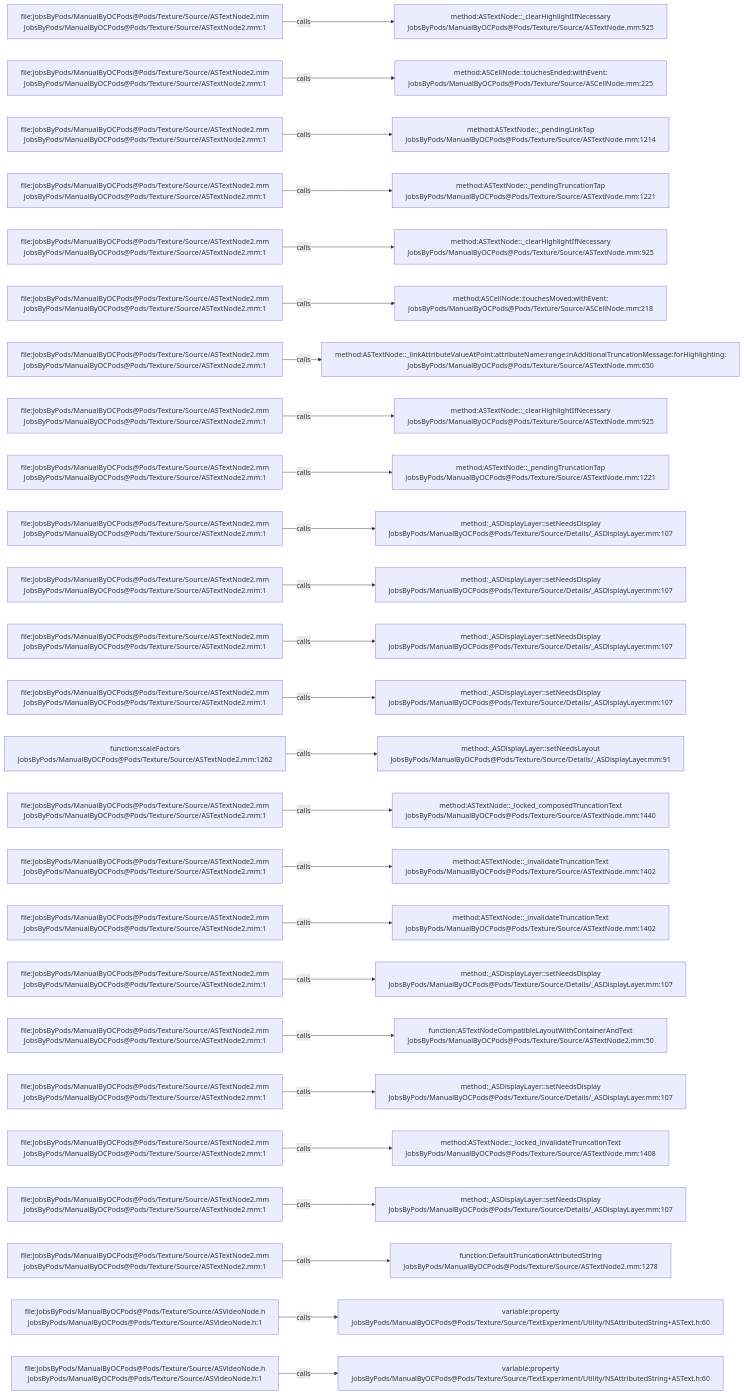
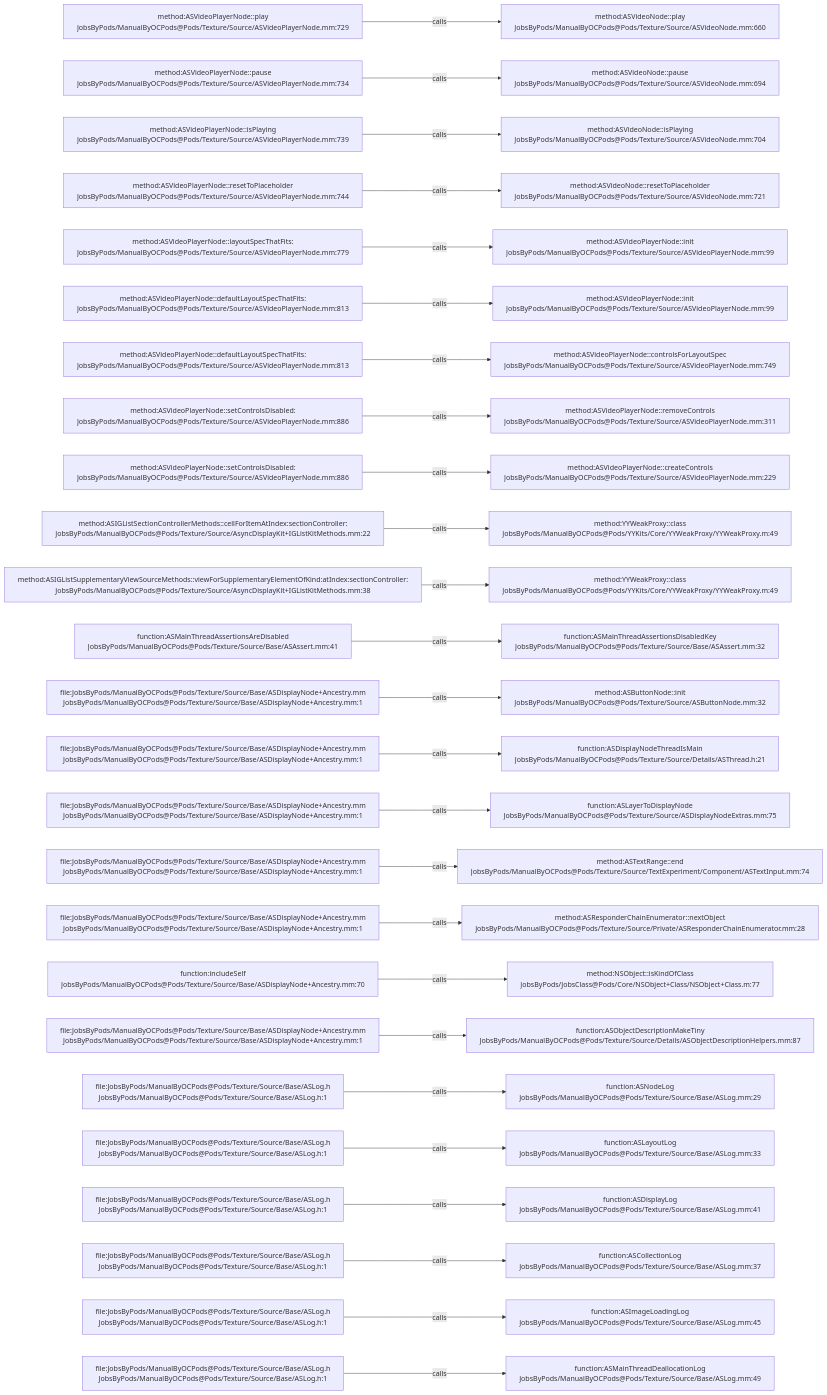
The diagram in .codegraph/codegraph.md/graphs/calls-149.md (JobsKits/JobsOCBaseConfigDemo), drawn with Mermaid before and after one commit. The commit also changed 1223 other files, not shown here.

````diff
--- a/.codegraph/codegraph.md/graphs/calls-149.md
+++ b/.codegraph/codegraph.md/graphs/calls-149.md
@@ -13,78 +13,78 @@
 ```mermaid
 flowchart LR
-  S1["file:JobsByPods/ManualByOCPods@Pods/Texture/Source/ASTextNode2.mm<br/>JobsByPods/ManualByOCPods@Pods/Texture/Source/ASTextNode2.mm:1"]
-  T1["method:ASTextNode::_clearHighlightIfNecessary<br/>JobsByPods/ManualByOCPods@Pods/Texture/Source/ASTextNode.mm:925"]
+  S1["method:ASVideoPlayerNode::play<br/>JobsByPods/ManualByOCPods@Pods/Texture/Source/ASVideoPlayerNode.mm:729"]
+  T1["method:ASVideoNode::play<br/>JobsByPods/ManualByOCPods@Pods/Texture/Source/ASVideoNode.mm:660"]
   S1 -->|calls| T1
-  S2["file:JobsByPods/ManualByOCPods@Pods/Texture/Source/ASTextNode2.mm<br/>JobsByPods/ManualByOCPods@Pods/Texture/Source/ASTextNode2.mm:1"]
-  T2["method:ASCellNode::touchesEnded:withEvent:<br/>JobsByPods/ManualByOCPods@Pods/Texture/Source/ASCellNode.mm:225"]
+  S2["method:ASVideoPlayerNode::pause<br/>JobsByPods/ManualByOCPods@Pods/Texture/Source/ASVideoPlayerNode.mm:734"]
+  T2["method:ASVideoNode::pause<br/>JobsByPods/ManualByOCPods@Pods/Texture/Source/ASVideoNode.mm:694"]
   S2 -->|calls| T2
-  S3["file:JobsByPods/ManualByOCPods@Pods/Texture/Source/ASTextNode2.mm<br/>JobsByPods/ManualByOCPods@Pods/Texture/Source/ASTextNode2.mm:1"]
-  T3["method:ASTextNode::_pendingLinkTap<br/>JobsByPods/ManualByOCPods@Pods/Texture/Source/ASTextNode.mm:1214"]
+  S3["method:ASVideoPlayerNode::isPlaying<br/>JobsByPods/ManualByOCPods@Pods/Texture/Source/ASVideoPlayerNode.mm:739"]
+  T3["method:ASVideoNode::isPlaying<br/>JobsByPods/ManualByOCPods@Pods/Texture/Source/ASVideoNode.mm:704"]
   S3 -->|calls| T3
-  S4["file:JobsByPods/ManualByOCPods@Pods/Texture/Source/ASTextNode2.mm<br/>JobsByPods/ManualByOCPods@Pods/Texture/Source/ASTextNode2.mm:1"]
-  T4["method:ASTextNode::_pendingTruncationTap<br/>JobsByPods/ManualByOCPods@Pods/Texture/Source/ASTextNode.mm:1221"]
+  S4["method:ASVideoPlayerNode::resetToPlaceholder<br/>JobsByPods/ManualByOCPods@Pods/Texture/Source/ASVideoPlayerNode.mm:744"]
+  T4["method:ASVideoNode::resetToPlaceholder<br/>JobsByPods/ManualByOCPods@Pods/Texture/Source/ASVideoNode.mm:721"]
   S4 -->|calls| T4
-  S5["file:JobsByPods/ManualByOCPods@Pods/Texture/Source/ASTextNode2.mm<br/>JobsByPods/ManualByOCPods@Pods/Texture/Source/ASTextNode2.mm:1"]
-  T5["method:ASTextNode::_clearHighlightIfNecessary<br/>JobsByPods/ManualByOCPods@Pods/Texture/Source/ASTextNode.mm:925"]
+  S5["method:ASVideoPlayerNode::layoutSpecThatFits:<br/>JobsByPods/ManualByOCPods@Pods/Texture/Source/ASVideoPlayerNode.mm:779"]
+  T5["method:ASVideoPlayerNode::init<br/>JobsByPods/ManualByOCPods@Pods/Texture/Source/ASVideoPlayerNode.mm:99"]
   S5 -->|calls| T5
-  S6["file:JobsByPods/ManualByOCPods@Pods/Texture/Source/ASTextNode2.mm<br/>JobsByPods/ManualByOCPods@Pods/Texture/Source/ASTextNode2.mm:1"]
-  T6["method:ASCellNode::touchesMoved:withEvent:<br/>JobsByPods/ManualByOCPods@Pods/Texture/Source/ASCellNode.mm:218"]
+  S6["method:ASVideoPlayerNode::defaultLayoutSpecThatFits:<br/>JobsByPods/ManualByOCPods@Pods/Texture/Source/ASVideoPlayerNode.mm:813"]
+  T6["method:ASVideoPlayerNode::init<br/>JobsByPods/ManualByOCPods@Pods/Texture/Source/ASVideoPlayerNode.mm:99"]
   S6 -->|calls| T6
-  S7["file:JobsByPods/ManualByOCPods@Pods/Texture/Source/ASTextNode2.mm<br/>JobsByPods/ManualByOCPods@Pods/Texture/Source/ASTextNode2.mm:1"]
-  T7["method:ASTextNode::_linkAttributeValueAtPoint:attributeName:range:inAdditionalTruncationMessage:forHighlighting:<br/>JobsByPods/ManualByOCPods@Pods/Texture/Source/ASTextNode.mm:650"]
+  S7["method:ASVideoPlayerNode::defaultLayoutSpecThatFits:<br/>JobsByPods/ManualByOCPods@Pods/Texture/Source/ASVideoPlayerNode.mm:813"]
+  T7["method:ASVideoPlayerNode::controlsForLayoutSpec<br/>JobsByPods/ManualByOCPods@Pods/Texture/Source/ASVideoPlayerNode.mm:749"]
   S7 -->|calls| T7
-  S8["file:JobsByPods/ManualByOCPods@Pods/Texture/Source/ASTextNode2.mm<br/>JobsByPods/ManualByOCPods@Pods/Texture/Source/ASTextNode2.mm:1"]
-  T8["method:ASTextNode::_clearHighlightIfNecessary<br/>JobsByPods/ManualByOCPods@Pods/Texture/Source/ASTextNode.mm:925"]
+  S8["method:ASVideoPlayerNode::setControlsDisabled:<br/>JobsByPods/ManualByOCPods@Pods/Texture/Source/ASVideoPlayerNode.mm:886"]
+  T8["method:ASVideoPlayerNode::removeControls<br/>JobsByPods/ManualByOCPods@Pods/Texture/Source/ASVideoPlayerNode.mm:311"]
   S8 -->|calls| T8
-  S9["file:JobsByPods/ManualByOCPods@Pods/Texture/Source/ASTextNode2.mm<br/>JobsByPods/ManualByOCPods@Pods/Texture/Source/ASTextNode2.mm:1"]
-  T9["method:ASTextNode::_pendingTruncationTap<br/>JobsByPods/ManualByOCPods@Pods/Texture/Source/ASTextNode.mm:1221"]
+  S9["method:ASVideoPlayerNode::setControlsDisabled:<br/>JobsByPods/ManualByOCPods@Pods/Texture/Source/ASVideoPlayerNode.mm:886"]
+  T9["method:ASVideoPlayerNode::createControls<br/>JobsByPods/ManualByOCPods@Pods/Texture/Source/ASVideoPlayerNode.mm:229"]
   S9 -->|calls| T9
-  S10["file:JobsByPods/ManualByOCPods@Pods/Texture/Source/ASTextNode2.mm<br/>JobsByPods/ManualByOCPods@Pods/Texture/Source/ASTextNode2.mm:1"]
-  T10["method:_ASDisplayLayer::setNeedsDisplay<br/>JobsByPods/ManualByOCPods@Pods/Texture/Source/Details/_ASDisplayLayer.mm:107"]
+  S10["method:ASIGListSectionControllerMethods::cellForItemAtIndex:sectionController:<br/>JobsByPods/ManualByOCPods@Pods/Texture/Source/AsyncDisplayKit+IGListKitMethods.mm:22"]
+  T10["method:YYWeakProxy::class<br/>JobsByPods/ManualByOCPods@Pods/YYKits/Core/YYWeakProxy/YYWeakProxy.m:49"]
   S10 -->|calls| T10
-  S11["file:JobsByPods/ManualByOCPods@Pods/Texture/Source/ASTextNode2.mm<br/>JobsByPods/ManualByOCPods@Pods/Texture/Source/ASTextNode2.mm:1"]
-  T11["method:_ASDisplayLayer::setNeedsDisplay<br/>JobsByPods/ManualByOCPods@Pods/Texture/Source/Details/_ASDisplayLayer.mm:107"]
+  S11["method:ASIGListSupplementaryViewSourceMethods::viewForSupplementaryElementOfKind:atIndex:sectionController:<br/>JobsByPods/ManualByOCPods@Pods/Texture/Source/AsyncDisplayKit+IGListKitMethods.mm:38"]
+  T11["method:YYWeakProxy::class<br/>JobsByPods/ManualByOCPods@Pods/YYKits/Core/YYWeakProxy/YYWeakProxy.m:49"]
   S11 -->|calls| T11
-  S12["file:JobsByPods/ManualByOCPods@Pods/Texture/Source/ASTextNode2.mm<br/>JobsByPods/ManualByOCPods@Pods/Texture/Source/ASTextNode2.mm:1"]
-  T12["method:_ASDisplayLayer::setNeedsDisplay<br/>JobsByPods/ManualByOCPods@Pods/Texture/Source/Details/_ASDisplayLayer.mm:107"]
+  S12["function:ASMainThreadAssertionsAreDisabled<br/>JobsByPods/ManualByOCPods@Pods/Texture/Source/Base/ASAssert.mm:41"]
+  T12["function:ASMainThreadAssertionsDisabledKey<br/>JobsByPods/ManualByOCPods@Pods/Texture/Source/Base/ASAssert.mm:32"]
   S12 -->|calls| T12
-  S13["file:JobsByPods/ManualByOCPods@Pods/Texture/Source/ASTextNode2.mm<br/>JobsByPods/ManualByOCPods@Pods/Texture/Source/ASTextNode2.mm:1"]
-  T13["method:_ASDisplayLayer::setNeedsDisplay<br/>JobsByPods/ManualByOCPods@Pods/Texture/Source/Details/_ASDisplayLayer.mm:107"]
+  S13["file:JobsByPods/ManualByOCPods@Pods/Texture/Source/Base/ASDisplayNode+Ancestry.mm<br/>JobsByPods/ManualByOCPods@Pods/Texture/Source/Base/ASDisplayNode+Ancestry.mm:1"]
+  T13["method:ASButtonNode::init<br/>JobsByPods/ManualByOCPods@Pods/Texture/Source/ASButtonNode.mm:32"]
   S13 -->|calls| T13
-  S14["function:scaleFactors<br/>JobsByPods/ManualByOCPods@Pods/Texture/Source/ASTextNode2.mm:1262"]
-  T14["method:_ASDisplayLayer::setNeedsLayout<br/>JobsByPods/ManualByOCPods@Pods/Texture/Source/Details/_ASDisplayLayer.mm:91"]
+  S14["file:JobsByPods/ManualByOCPods@Pods/Texture/Source/Base/ASDisplayNode+Ancestry.mm<br/>JobsByPods/ManualByOCPods@Pods/Texture/Source/Base/ASDisplayNode+Ancestry.mm:1"]
+  T14["function:ASDisplayNodeThreadIsMain<br/>JobsByPods/ManualByOCPods@Pods/Texture/Source/Details/ASThread.h:21"]
   S14 -->|calls| T14
-  S15["file:JobsByPods/ManualByOCPods@Pods/Texture/Source/ASTextNode2.mm<br/>JobsByPods/ManualByOCPods@Pods/Texture/Source/ASTextNode2.mm:1"]
-  T15["method:ASTextNode::_locked_composedTruncationText<br/>JobsByPods/ManualByOCPods@Pods/Texture/Source/ASTextNode.mm:1440"]
+  S15["file:JobsByPods/ManualByOCPods@Pods/Texture/Source/Base/ASDisplayNode+Ancestry.mm<br/>JobsByPods/ManualByOCPods@Pods/Texture/Source/Base/ASDisplayNode+Ancestry.mm:1"]
+  T15["function:ASLayerToDisplayNode<br/>JobsByPods/ManualByOCPods@Pods/Texture/Source/ASDisplayNodeExtras.mm:75"]
   S15 -->|calls| T15
-  S16["file:JobsByPods/ManualByOCPods@Pods/Texture/Source/ASTextNode2.mm<br/>JobsByPods/ManualByOCPods@Pods/Texture/Source/ASTextNode2.mm:1"]
-  T16["method:ASTextNode::_invalidateTruncationText<br/>JobsByPods/ManualByOCPods@Pods/Texture/Source/ASTextNode.mm:1402"]
+  S16["file:JobsByPods/ManualByOCPods@Pods/Texture/Source/Base/ASDisplayNode+Ancestry.mm<br/>JobsByPods/ManualByOCPods@Pods/Texture/Source/Base/ASDisplayNode+Ancestry.mm:1"]
+  T16["method:ASTextRange::end<br/>JobsByPods/ManualByOCPods@Pods/Texture/Source/TextExperiment/Component/ASTextInput.mm:74"]
   S16 -->|calls| T16
-  S17["file:JobsByPods/ManualByOCPods@Pods/Texture/Source/ASTextNode2.mm<br/>JobsByPods/ManualByOCPods@Pods/Texture/Source/ASTextNode2.mm:1"]
-  T17["method:ASTextNode::_invalidateTruncationText<br/>JobsByPods/ManualByOCPods@Pods/Texture/Source/ASTextNode.mm:1402"]
+  S17["file:JobsByPods/ManualByOCPods@Pods/Texture/Source/Base/ASDisplayNode+Ancestry.mm<br/>JobsByPods/ManualByOCPods@Pods/Texture/Source/Base/ASDisplayNode+Ancestry.mm:1"]
+  T17["method:ASResponderChainEnumerator::nextObject<br/>JobsByPods/ManualByOCPods@Pods/Texture/Source/Private/ASResponderChainEnumerator.mm:28"]
   S17 -->|calls| T17
-  S18["file:JobsByPods/ManualByOCPods@Pods/Texture/Source/ASTextNode2.mm<br/>JobsByPods/ManualByOCPods@Pods/Texture/Source/ASTextNode2.mm:1"]
-  T18["method:_ASDisplayLayer::setNeedsDisplay<br/>JobsByPods/ManualByOCPods@Pods/Texture/Source/Details/_ASDisplayLayer.mm:107"]
+  S18["function:includeSelf<br/>JobsByPods/ManualByOCPods@Pods/Texture/Source/Base/ASDisplayNode+Ancestry.mm:70"]
+  T18["method:NSObject::isKindOfClass<br/>JobsByPods/JobsClass@Pods/Core/NSObject+Class/NSObject+Class.m:77"]
   S18 -->|calls| T18
-  S19["file:JobsByPods/ManualByOCPods@Pods/Texture/Source/ASTextNode2.mm<br/>JobsByPods/ManualByOCPods@Pods/Texture/Source/ASTextNode2.mm:1"]
-  T19["function:ASTextNodeCompatibleLayoutWithContainerAndText<br/>JobsByPods/ManualByOCPods@Pods/Texture/Source/ASTextNode2.mm:50"]
+  S19["file:JobsByPods/ManualByOCPods@Pods/Texture/Source/Base/ASDisplayNode+Ancestry.mm<br/>JobsByPods/ManualByOCPods@Pods/Texture/Source/Base/ASDisplayNode+Ancestry.mm:1"]
+  T19["function:ASObjectDescriptionMakeTiny<br/>JobsByPods/ManualByOCPods@Pods/Texture/Source/Details/ASObjectDescriptionHelpers.mm:87"]
   S19 -->|calls| T19
-  S20["file:JobsByPods/ManualByOCPods@Pods/Texture/Source/ASTextNode2.mm<br/>JobsByPods/ManualByOCPods@Pods/Texture/Source/ASTextNode2.mm:1"]
-  T20["method:_ASDisplayLayer::setNeedsDisplay<br/>JobsByPods/ManualByOCPods@Pods/Texture/Source/Details/_ASDisplayLayer.mm:107"]
+  S20["file:JobsByPods/ManualByOCPods@Pods/Texture/Source/Base/ASLog.h<br/>JobsByPods/ManualByOCPods@Pods/Texture/Source/Base/ASLog.h:1"]
+  T20["function:ASNodeLog<br/>JobsByPods/ManualByOCPods@Pods/Texture/Source/Base/ASLog.mm:29"]
   S20 -->|calls| T20
-  S21["file:JobsByPods/ManualByOCPods@Pods/Texture/Source/ASTextNode2.mm<br/>JobsByPods/ManualByOCPods@Pods/Texture/Source/ASTextNode2.mm:1"]
-  T21["method:ASTextNode::_locked_invalidateTruncationText<br/>JobsByPods/ManualByOCPods@Pods/Texture/Source/ASTextNode.mm:1408"]
+  S21["file:JobsByPods/ManualByOCPods@Pods/Texture/Source/Base/ASLog.h<br/>JobsByPods/ManualByOCPods@Pods/Texture/Source/Base/ASLog.h:1"]
+  T21["function:ASLayoutLog<br/>JobsByPods/ManualByOCPods@Pods/Texture/Source/Base/ASLog.mm:33"]
   S21 -->|calls| T21
-  S22["file:JobsByPods/ManualByOCPods@Pods/Texture/Source/ASTextNode2.mm<br/>JobsByPods/ManualByOCPods@Pods/Texture/Source/ASTextNode2.mm:1"]
-  T22["method:_ASDisplayLayer::setNeedsDisplay<br/>JobsByPods/ManualByOCPods@Pods/Texture/Source/Details/_ASDisplayLayer.mm:107"]
+  S22["file:JobsByPods/ManualByOCPods@Pods/Texture/Source/Base/ASLog.h<br/>JobsByPods/ManualByOCPods@Pods/Texture/Source/Base/ASLog.h:1"]
+  T22["function:ASDisplayLog<br/>JobsByPods/ManualByOCPods@Pods/Texture/Source/Base/ASLog.mm:41"]
   S22 -->|calls| T22
-  S23["file:JobsByPods/ManualByOCPods@Pods/Texture/Source/ASTextNode2.mm<br/>JobsByPods/ManualByOCPods@Pods/Texture/Source/ASTextNode2.mm:1"]
-  T23["function:DefaultTruncationAttributedString<br/>JobsByPods/ManualByOCPods@Pods/Texture/Source/ASTextNode2.mm:1278"]
+  S23["file:JobsByPods/ManualByOCPods@Pods/Texture/Source/Base/ASLog.h<br/>JobsByPods/ManualByOCPods@Pods/Texture/Source/Base/ASLog.h:1"]
+  T23["function:ASCollectionLog<br/>JobsByPods/ManualByOCPods@Pods/Texture/Source/Base/ASLog.mm:37"]
   S23 -->|calls| T23
-  S24["file:JobsByPods/ManualByOCPods@Pods/Texture/Source/ASVideoNode.h<br/>JobsByPods/ManualByOCPods@Pods/Texture/Source/ASVideoNode.h:1"]
-  T24["variable:property<br/>JobsByPods/ManualByOCPods@Pods/Texture/Source/TextExperiment/Utility/NSAttributedString+ASText.h:60"]
+  S24["file:JobsByPods/ManualByOCPods@Pods/Texture/Source/Base/ASLog.h<br/>JobsByPods/ManualByOCPods@Pods/Texture/Source/Base/ASLog.h:1"]
+  T24["function:ASImageLoadingLog<br/>JobsByPods/ManualByOCPods@Pods/Texture/Source/Base/ASLog.mm:45"]
   S24 -->|calls| T24
-  S25["file:JobsByPods/ManualByOCPods@Pods/Texture/Source/ASVideoNode.h<br/>JobsByPods/ManualByOCPods@Pods/Texture/Source/ASVideoNode.h:1"]
-  T25["variable:property<br/>JobsByPods/ManualByOCPods@Pods/Texture/Source/TextExperiment/Utility/NSAttributedString+ASText.h:60"]
+  S25["file:JobsByPods/ManualByOCPods@Pods/Texture/Source/Base/ASLog.h<br/>JobsByPods/ManualByOCPods@Pods/Texture/Source/Base/ASLog.h:1"]
+  T25["function:ASMainThreadDeallocationLog<br/>JobsByPods/ManualByOCPods@Pods/Texture/Source/Base/ASLog.mm:49"]
   S25 -->|calls| T25
 ```
````
